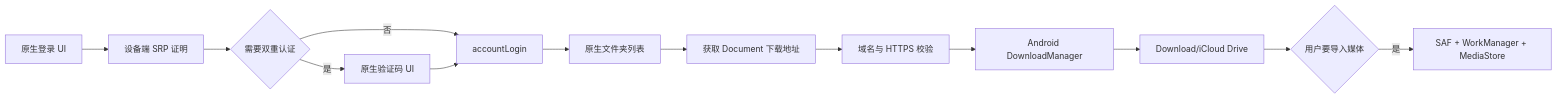
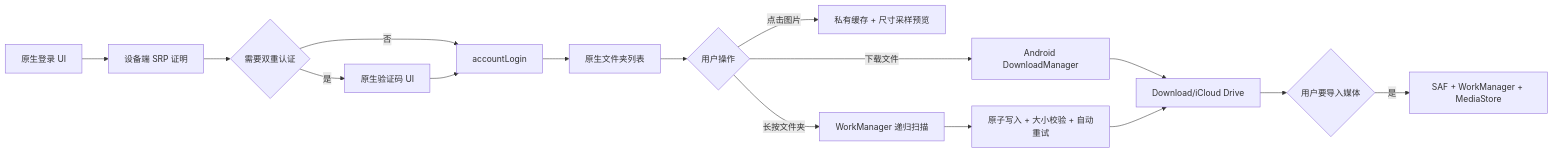
One commit to Faker1024/icloud-sync changed the diagram in docs/DEVELOPMENT.md. Above: the diagram before and after it, drawn with Mermaid. The commit also changed other lines of this file and 19 other files, not shown here.

````diff
--- a/docs/DEVELOPMENT.md
+++ b/docs/DEVELOPMENT.md
@@ -33,15 +35,18 @@
 ```mermaid
 flowchart LR
     A[原生登录 UI] --> B[设备端 SRP 证明]
     B --> C{需要双重认证}
     C -->|是| D[原生验证码 UI]
     C -->|否| E[accountLogin]
     D --> E
     E --> F[原生文件夹列表]
-    F --> G[获取 Document 下载地址]
-    G --> H[域名与 HTTPS 校验]
-    H --> I[Android DownloadManager]
-    I --> J[Download/iCloud Drive]
-    J --> K{用户要导入媒体}
-    K -->|是| L[SAF + WorkManager + MediaStore]
+    F --> G{用户操作}
+    G -->|点击图片| H[私有缓存 + 尺寸采样预览]
+    G -->|下载文件| I[Android DownloadManager]
+    G -->|长按文件夹| J[WorkManager 递归扫描]
+    J --> K[原子写入 + 大小校验 + 自动重试]
+    I --> L[Download/iCloud Drive]
+    K --> L
+    L --> M{用户要导入媒体}
+    M -->|是| N[SAF + WorkManager + MediaStore]
 ```
````
